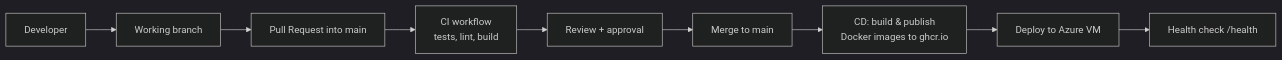
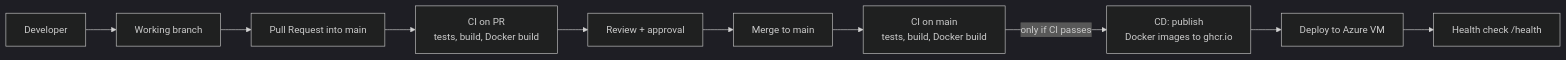
The diagram in docs/ci-cd.md (AyomideADEJARE1/Expense-Management-Platform), drawn with Mermaid (dark theme) before and after one commit. The commit also changed other lines of this file and 1 other file, not shown here.

Commit message:
ci: run CD only after CI passes on main

````diff
--- a/docs/ci-cd.md
+++ b/docs/ci-cd.md
@@ -7,11 +7,12 @@
 ```mermaid
 flowchart LR
     D[Developer] --> B[Working branch]
     B --> PR[Pull Request into main]
-    PR --> CI[CI workflow<br/>tests, lint, build]
-    CI --> R[Review + approval]
+    PR --> CI1[CI on PR<br/>tests, build, Docker build]
+    CI1 --> R[Review + approval]
     R --> M[Merge to main]
-    M --> P[CD: build & publish<br/>Docker images to ghcr.io]
+    M --> CI2[CI on main<br/>tests, build, Docker build]
+    CI2 -->|only if CI passes| P[CD: publish<br/>Docker images to ghcr.io]
     P --> DEP[Deploy to Azure VM]
     DEP --> H[Health check /health]
 ```
````
